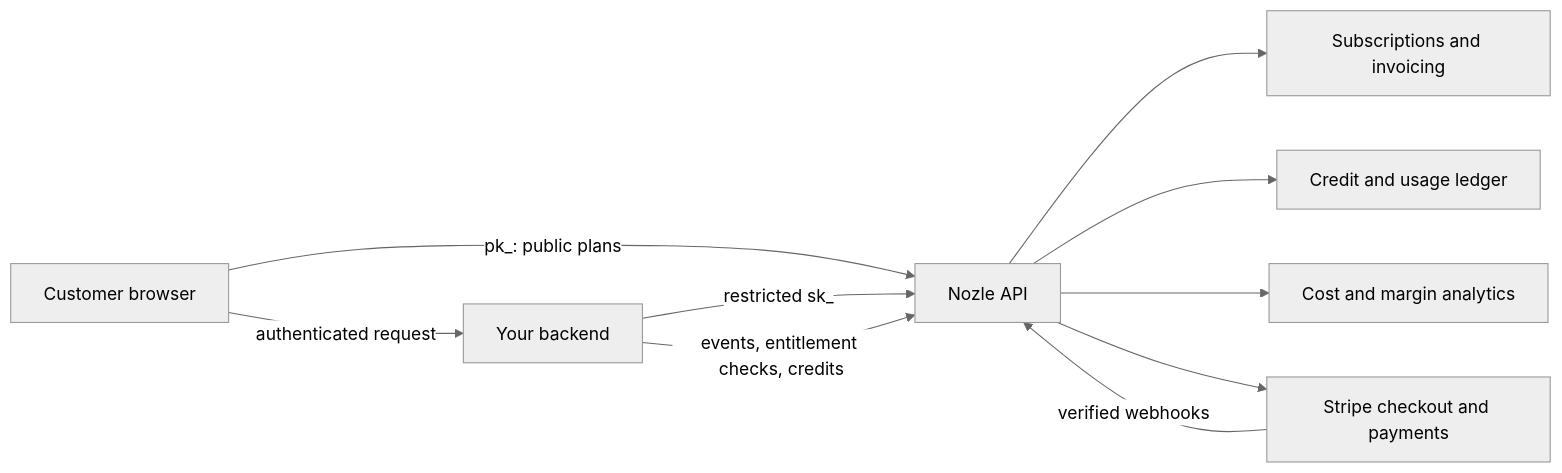
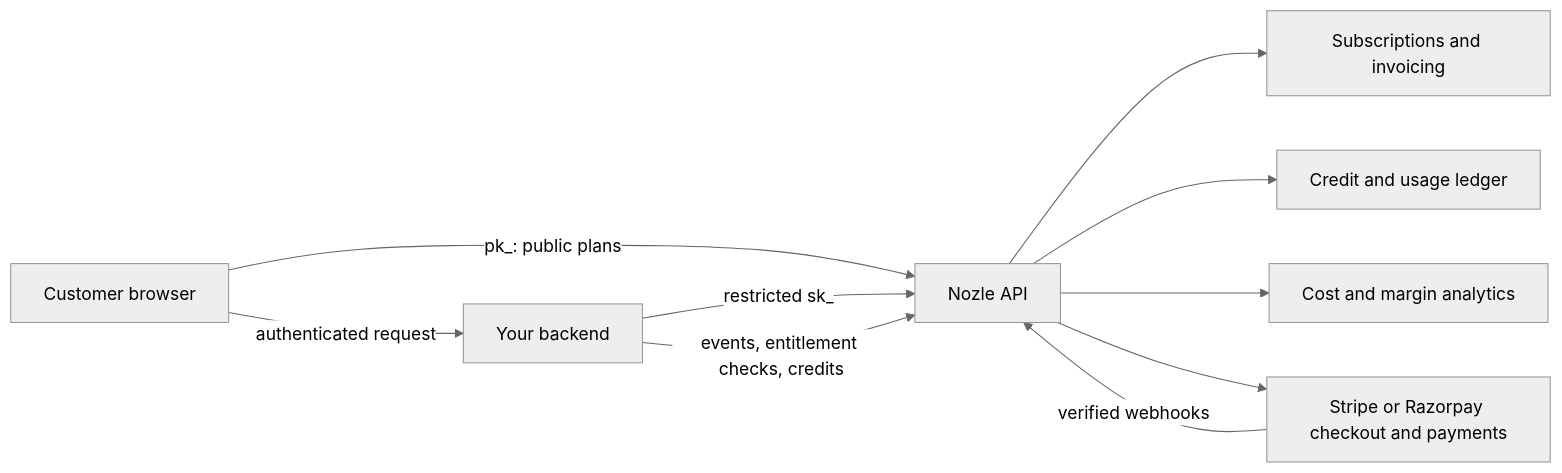
One commit to nozle-dev/NozleDocs changed the diagram in guides/getting-started/architecture.mdx. Above: the diagram before and after it, drawn with Mermaid (neutral theme). The commit also changed other lines of this file and 16 other files, not shown here.

Commit message:
docs: add Razorpay integration guide and list it beside Stripe

````diff
--- a/guides/getting-started/architecture.mdx
+++ b/guides/getting-started/architecture.mdx
@@ -10,12 +10,12 @@
 ```mermaid
 flowchart LR
   Browser[Customer browser] -->|pk_: public plans| API[Nozle API]
   Browser -->|authenticated request| Merchant[Your backend]
   Merchant -->|restricted sk_| API
   Merchant -->|events, entitlement checks, credits| API
   API --> Billing[Subscriptions and invoicing]
   API --> Ledger[Credit and usage ledger]
   API --> Margin[Cost and margin analytics]
-  API --> Stripe[Stripe checkout and payments]
-  Stripe -->|verified webhooks| API
+  API --> Provider[Stripe or Razorpay checkout and payments]
+  Provider -->|verified webhooks| API
 ```
````
